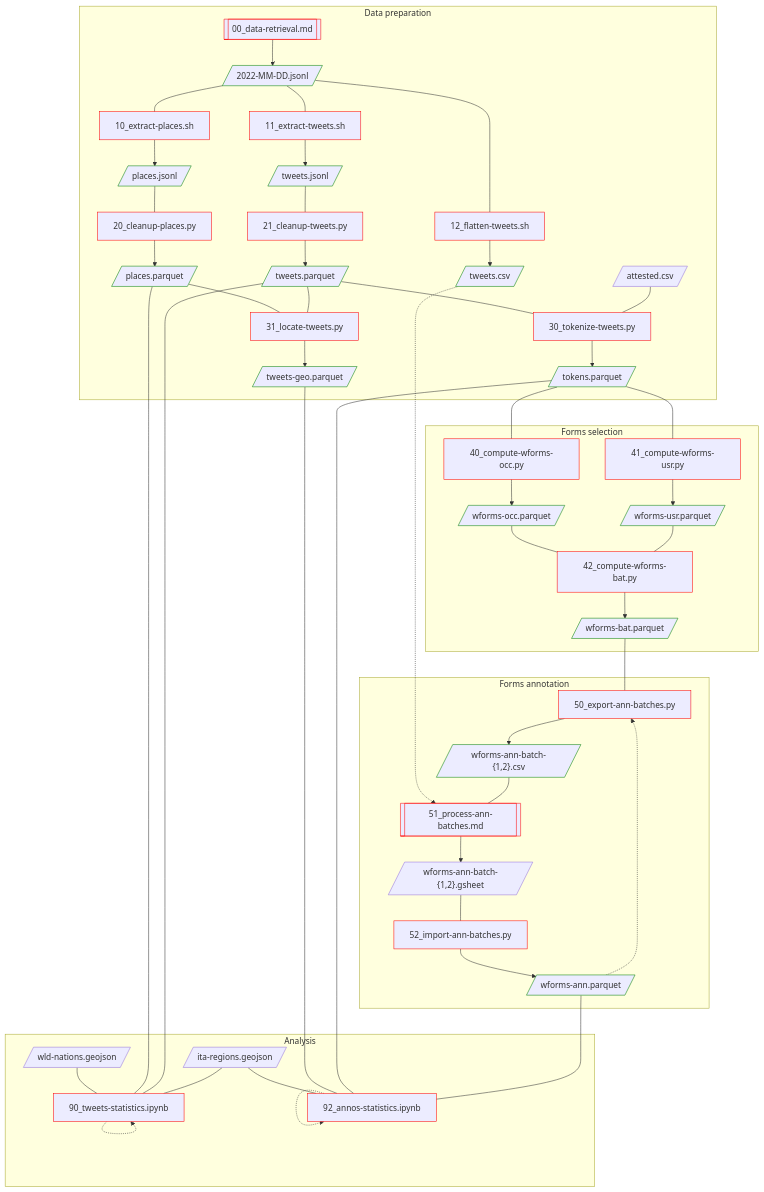
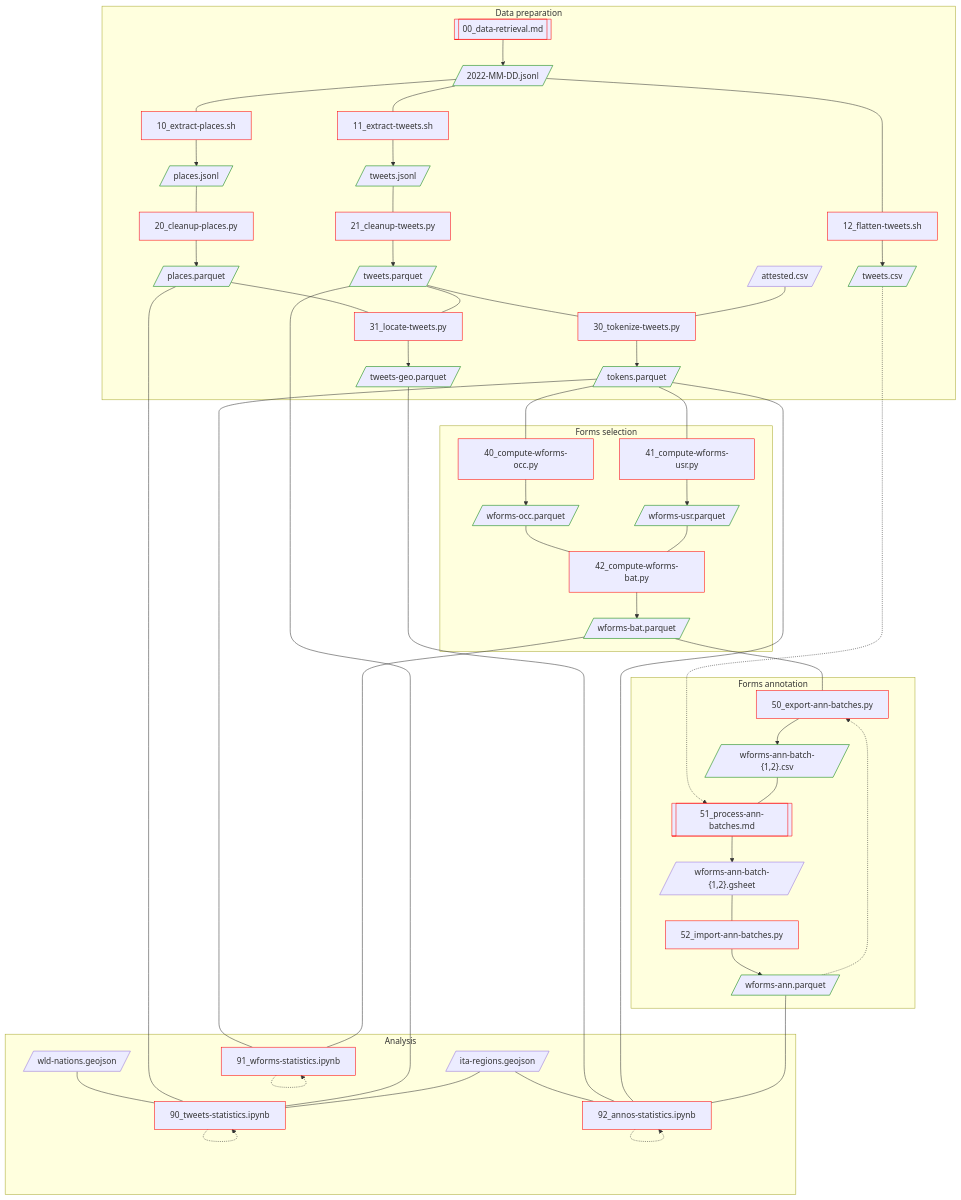
One commit to breviloquia-italica/pipeline changed the diagram in README.md. Above: the diagram before and after it, drawn with Mermaid. The commit also changed 1 other file, not shown here.

Commit message:
Add to stage 91

```diff
--- a/README.md
+++ b/README.md
@@ -74,6 +74,11 @@
 ita-regions.geojson --- 90;
 90 -.-> 90;
 
+91[91_wforms-statistics.ipynb]:::code;
+tokens.parquet -------------- 91;
+wforms-bat.parquet ---- 91;
+91 -.-> 91;
+
 92[92_annos-statistics.ipynb]:::code;
 ita-regions.geojson --- 92;
 tweets-geo.parquet --- 92;
```
